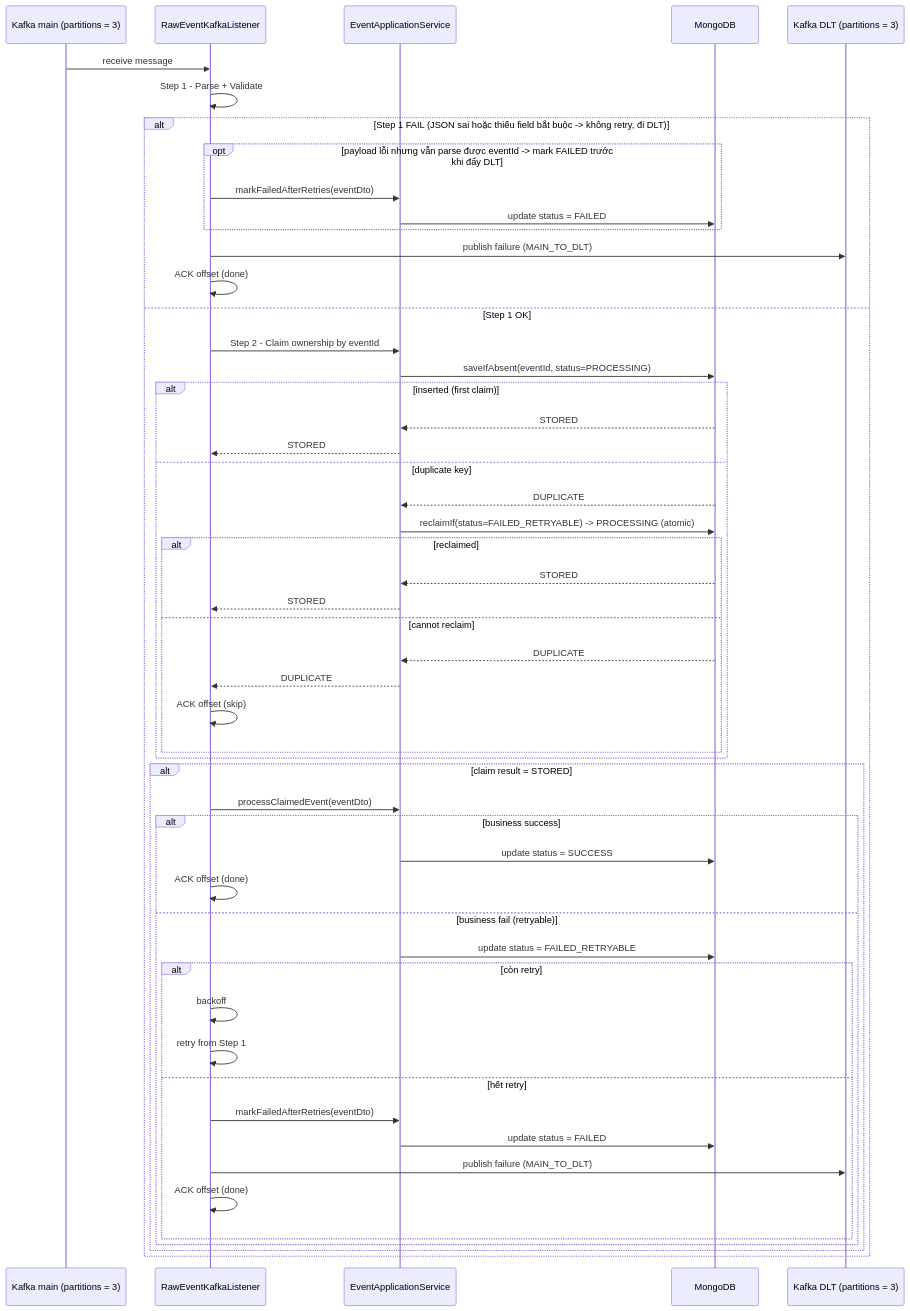
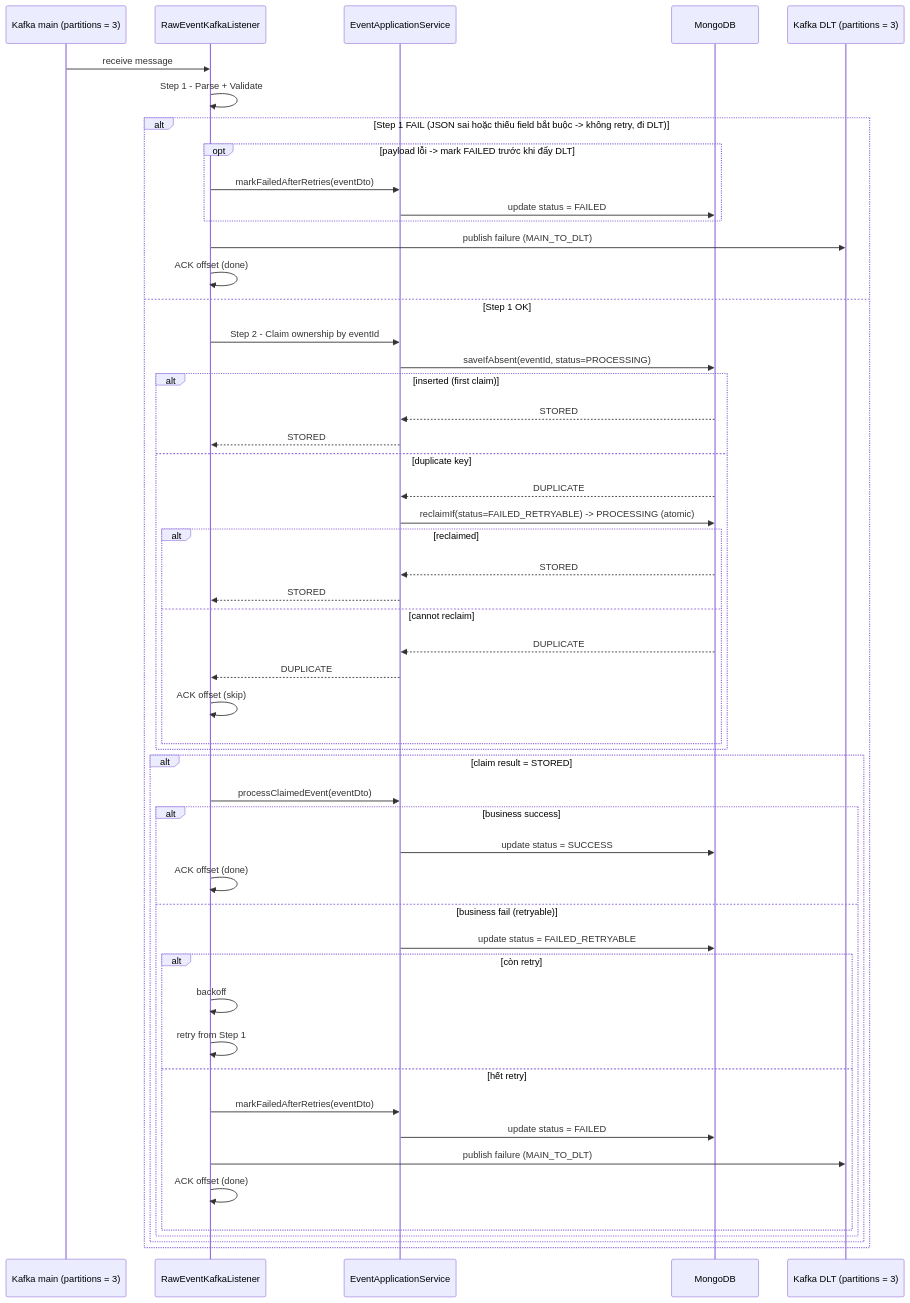
One commit to nguyentrongvy151995/data-hub changed the third of 3 diagrams in README.md. Above: the diagram before and after it, drawn with Mermaid.

````diff
--- a/README.md
+++ b/README.md
@@ -85,58 +85,58 @@
 ```mermaid
 sequenceDiagram
     participant K as Kafka main (partitions = 3)
     participant L as RawEventKafkaListener
     participant S as EventApplicationService
     participant DB as MongoDB
     participant D as Kafka DLT (partitions = 3)
 
     K->>L: receive message
     L->>L: Step 1 - Parse + Validate
 
     alt Step 1 FAIL (JSON sai hoặc thiếu field bắt buộc -> không retry, đi DLT)
-        opt payload lỗi nhưng vẫn parse được eventId -> mark FAILED trước khi đẩy DLT
+        opt payload lỗi -> mark FAILED trước khi đẩy DLT
             L->>S: markFailedAfterRetries(eventDto)
             S->>DB: update status = FAILED
         end
         L->>D: publish failure (MAIN_TO_DLT)
         L->>L: ACK offset (done)
     else Step 1 OK
         L->>S: Step 2 - Claim ownership by eventId
         S->>DB: saveIfAbsent(eventId, status=PROCESSING)
 
         alt inserted (first claim)
             DB-->>S: STORED
             S-->>L: STORED
         else duplicate key
             DB-->>S: DUPLICATE
             S->>DB: reclaimIf(status=FAILED_RETRYABLE) -> PROCESSING (atomic)
             alt reclaimed
                 DB-->>S: STORED
                 S-->>L: STORED
             else cannot reclaim
                 DB-->>S: DUPLICATE
                 S-->>L: DUPLICATE
                 L->>L: ACK offset (skip)
             end
         end
 
         alt claim result = STORED
             L->>S: processClaimedEvent(eventDto)
             alt business success
                 S->>DB: update status = SUCCESS
                 L->>L: ACK offset (done)
             else business fail (retryable)
                 S->>DB: update status = FAILED_RETRYABLE
                 alt còn retry
                     L->>L: backoff
                     L->>L: retry from Step 1
                 else hết retry
                     L->>S: markFailedAfterRetries(eventDto)
                     S->>DB: update status = FAILED
                     L->>D: publish failure (MAIN_TO_DLT)
                     L->>L: ACK offset (done)
                 end
             end
         end
     end
 ```
````
